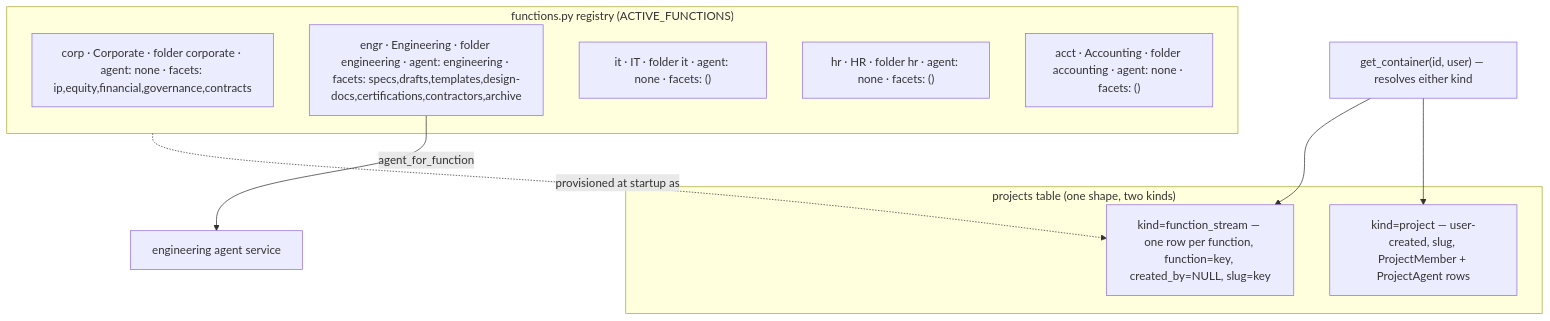
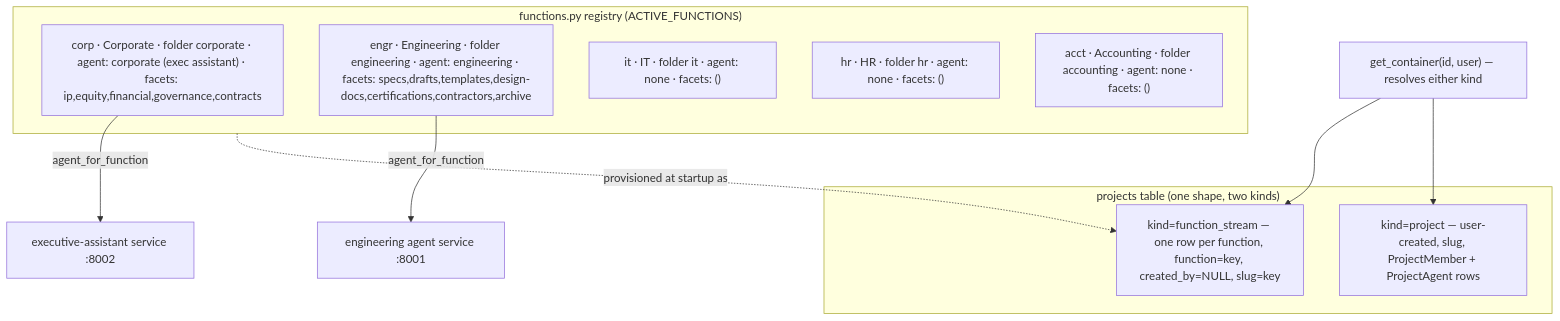
One commit to jgronktn/orrery changed the fourth of 7 diagrams in docs/architecture-current-state.md. Above: the diagram before and after it, drawn with Mermaid. The commit also changed other lines of this file and 2 other files, not shown here.

First line of the commit message:
docs: refresh README + architecture + decisions for the EA and recent features

````diff
--- a/docs/architecture-current-state.md
+++ b/docs/architecture-current-state.md
@@ -167,21 +167,22 @@
 ```mermaid
 flowchart TB
   subgraph reg["functions.py registry (ACTIVE_FUNCTIONS)"]
-    corp["corp · Corporate · folder corporate · agent: none · facets: ip,equity,financial,governance,contracts"]
+    corp["corp · Corporate · folder corporate · agent: corporate (exec assistant) · facets: ip,equity,financial,governance,contracts"]
     engr["engr · Engineering · folder engineering · agent: engineering · facets: specs,drafts,templates,design-docs,certifications,contractors,archive"]
     it["it · IT · folder it · agent: none · facets: ()"]
     hr["hr · HR · folder hr · agent: none · facets: ()"]
     acct["acct · Accounting · folder accounting · agent: none · facets: ()"]
   end
 
-  engr -->|agent_for_function| FORGE["engineering agent service"]
+  engr -->|agent_for_function| FORGE["engineering agent service :8001"]
+  corp -->|agent_for_function| EA["executive-assistant service :8002"]
 
   subgraph proj["projects table (one shape, two kinds)"]
     stream["kind=function_stream — one row per function, function=key, created_by=NULL, slug=key"]
     project["kind=project — user-created, slug, ProjectMember + ProjectAgent rows"]
   end
 
   reg -. "provisioned at startup as" .-> stream
   getc["get_container(id, user) — resolves either kind"] --> stream
   getc --> project
 ```
````
